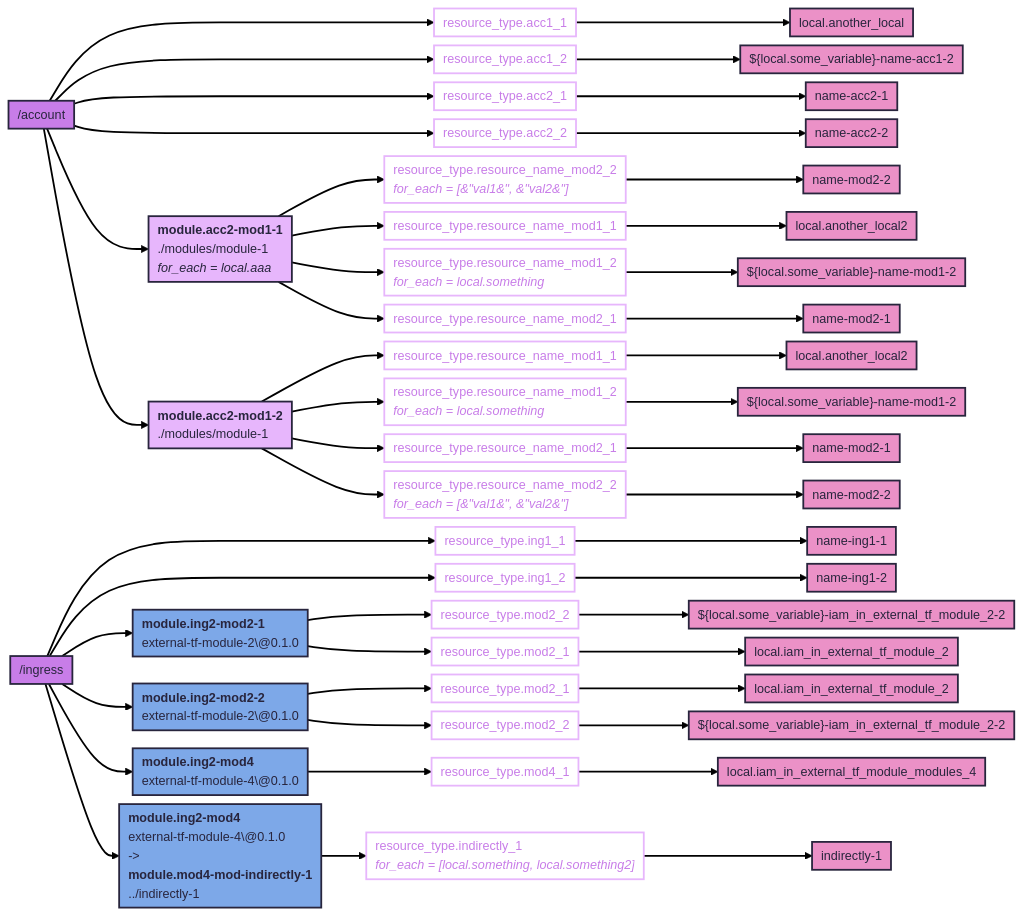
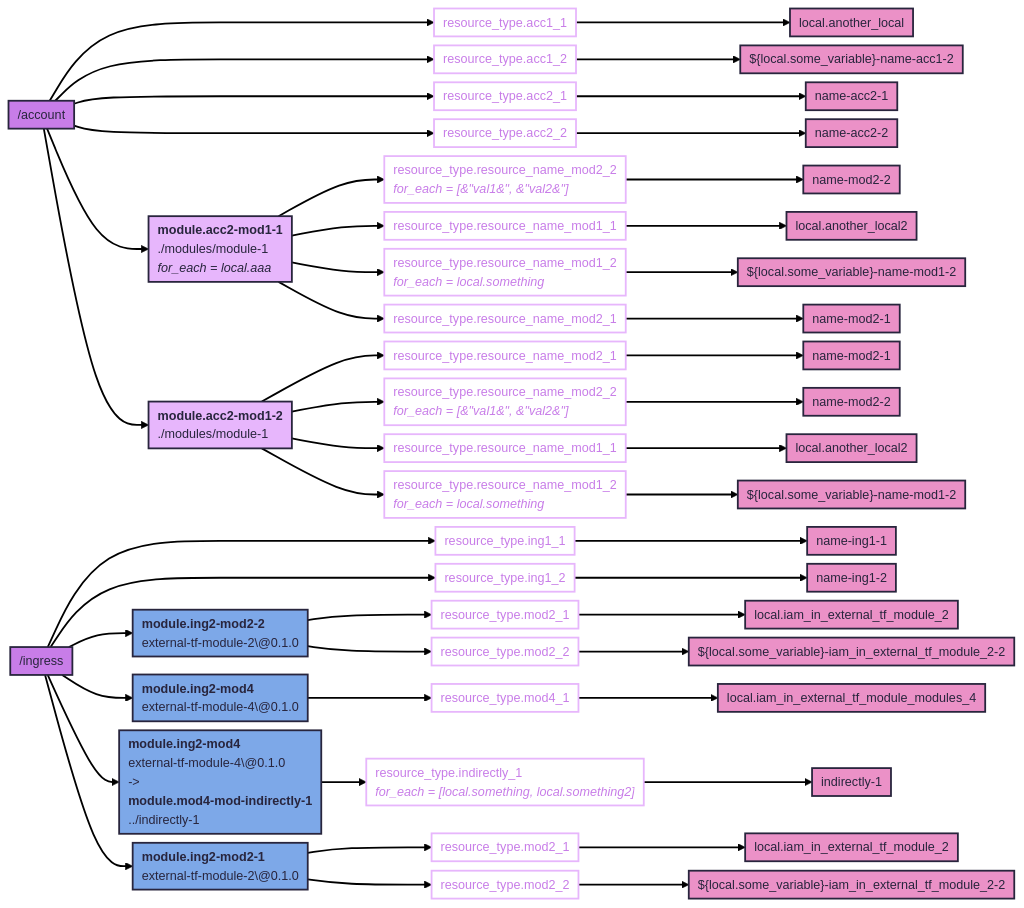
One commit to keenbytes/tfsketch changed the diagram in output.mmd. Above: the diagram before and after it, drawn with Mermaid. The commit also changed other lines of this file and 2 other files, not shown here.

```diff
--- a/output.mmd
+++ b/output.mmd
@@ -1,41 +1,41 @@
 ---
 config:
   theme: redux
   flowchart:
     diagramPadding: 5
     padding: 5
     nodeSpacing: 10
     wrappingWidth: 700
 ---
 flowchart LR
   classDef tf-path fill:#c87de8
   classDef tf-resource-name stroke:#e7b6fc,color:#c87de8,text-align:left
   classDef tf-int-mod fill:#e7b6fc,text-align:left
   classDef tf-ext-mod fill:#7da8e8,text-align:left
   classDef tf-resource-field-name fill:#eb91c7
   account["/account"]:::tf-path ---> account___acc11["resource_type.acc1_1"]:::tf-resource-name --> account___acc11___FieldName["local.another_local"]:::tf-resource-field-name
   account["/account"]:::tf-path ---> account___acc12["resource_type.acc1_2"]:::tf-resource-name --> account___acc12___FieldName["${local.some_variable}-name-acc1-2"]:::tf-resource-field-name
   account["/account"]:::tf-path ---> account___acc21["resource_type.acc2_1"]:::tf-resource-name --> account___acc21___FieldName["name-acc2-1"]:::tf-resource-field-name
   account["/account"]:::tf-path ---> account___acc22["resource_type.acc2_2"]:::tf-resource-name --> account___acc22___FieldName["name-acc2-2"]:::tf-resource-field-name
   account["/account"]:::tf-path --> account___mod___accountmodulesmodule1___acc2mod11["<b>module.acc2-mod1-1</b><br>./modules/module-1<br><i>for_each = local.aaa</i>"]:::tf-int-mod
   account___mod___accountmodulesmodule1___acc2mod11 --> account___mod___accountmodulesmodule1___acc2mod11___resourcenamemod22["resource_type.resource_name_mod2_2<br><i>for_each = [&#34;val1&#34;, &#34;val2&#34;]</i>"]:::tf-resource-name --> account___mod___accountmodulesmodule1___acc2mod11___resourcenamemod22___FieldName["name-mod2-2"]:::tf-resource-field-name
   account___mod___accountmodulesmodule1___acc2mod11 --> account___mod___accountmodulesmodule1___acc2mod11___resourcenamemod11["resource_type.resource_name_mod1_1"]:::tf-resource-name --> account___mod___accountmodulesmodule1___acc2mod11___resourcenamemod11___FieldName["local.another_local2"]:::tf-resource-field-name
   account___mod___accountmodulesmodule1___acc2mod11 --> account___mod___accountmodulesmodule1___acc2mod11___resourcenamemod12["resource_type.resource_name_mod1_2<br><i>for_each = local.something</i>"]:::tf-resource-name --> account___mod___accountmodulesmodule1___acc2mod11___resourcenamemod12___FieldName["${local.some_variable}-name-mod1-2"]:::tf-resource-field-name
   account___mod___accountmodulesmodule1___acc2mod11 --> account___mod___accountmodulesmodule1___acc2mod11___resourcenamemod21["resource_type.resource_name_mod2_1"]:::tf-resource-name --> account___mod___accountmodulesmodule1___acc2mod11___resourcenamemod21___FieldName["name-mod2-1"]:::tf-resource-field-name
   account["/account"]:::tf-path --> account___mod___accountmodulesmodule1___acc2mod12["<b>module.acc2-mod1-2</b><br>./modules/module-1"]:::tf-int-mod
+  account___mod___accountmodulesmodule1___acc2mod12 --> account___mod___accountmodulesmodule1___acc2mod12___resourcenamemod21["resource_type.resource_name_mod2_1"]:::tf-resource-name --> account___mod___accountmodulesmodule1___acc2mod12___resourcenamemod21___FieldName["name-mod2-1"]:::tf-resource-field-name
+  account___mod___accountmodulesmodule1___acc2mod12 --> account___mod___accountmodulesmodule1___acc2mod12___resourcenamemod22["resource_type.resource_name_mod2_2<br><i>for_each = [&#34;val1&#34;, &#34;val2&#34;]</i>"]:::tf-resource-name --> account___mod___accountmodulesmodule1___acc2mod12___resourcenamemod22___FieldName["name-mod2-2"]:::tf-resource-field-name
   account___mod___accountmodulesmodule1___acc2mod12 --> account___mod___accountmodulesmodule1___acc2mod12___resourcenamemod11["resource_type.resource_name_mod1_1"]:::tf-resource-name --> account___mod___accountmodulesmodule1___acc2mod12___resourcenamemod11___FieldName["local.another_local2"]:::tf-resource-field-name
   account___mod___accountmodulesmodule1___acc2mod12 --> account___mod___accountmodulesmodule1___acc2mod12___resourcenamemod12["resource_type.resource_name_mod1_2<br><i>for_each = local.something</i>"]:::tf-resource-name --> account___mod___accountmodulesmodule1___acc2mod12___resourcenamemod12___FieldName["${local.some_variable}-name-mod1-2"]:::tf-resource-field-name
-  account___mod___accountmodulesmodule1___acc2mod12 --> account___mod___accountmodulesmodule1___acc2mod12___resourcenamemod21["resource_type.resource_name_mod2_1"]:::tf-resource-name --> account___mod___accountmodulesmodule1___acc2mod12___resourcenamemod21___FieldName["name-mod2-1"]:::tf-resource-field-name
-  account___mod___accountmodulesmodule1___acc2mod12 --> account___mod___accountmodulesmodule1___acc2mod12___resourcenamemod22["resource_type.resource_name_mod2_2<br><i>for_each = [&#34;val1&#34;, &#34;val2&#34;]</i>"]:::tf-resource-name --> account___mod___accountmodulesmodule1___acc2mod12___resourcenamemod22___FieldName["name-mod2-2"]:::tf-resource-field-name
   ingress["/ingress"]:::tf-path ---> ingress___ing11["resource_type.ing1_1"]:::tf-resource-name --> ingress___ing11___FieldName["name-ing1-1"]:::tf-resource-field-name
   ingress["/ingress"]:::tf-path ---> ingress___ing12["resource_type.ing1_2"]:::tf-resource-name --> ingress___ing12___FieldName["name-ing1-2"]:::tf-resource-field-name
-  ingress["/ingress"]:::tf-path --> ingress___mod___root___ing2mod21["<b>module.ing2-mod2-1</b><br>external-tf-module-2\@0.1.0"]:::tf-ext-mod
-  ingress___mod___root___ing2mod21 --> ingress___mod___root___ing2mod21___mod22["resource_type.mod2_2"]:::tf-resource-name --> ingress___mod___root___ing2mod21___mod22___FieldName["${local.some_variable}-iam_in_external_tf_module_2-2"]:::tf-resource-field-name
-  ingress___mod___root___ing2mod21 --> ingress___mod___root___ing2mod21___mod21["resource_type.mod2_1"]:::tf-resource-name --> ingress___mod___root___ing2mod21___mod21___FieldName["local.iam_in_external_tf_module_2"]:::tf-resource-field-name
   ingress["/ingress"]:::tf-path --> ingress___mod___root___ing2mod22["<b>module.ing2-mod2-2</b><br>external-tf-module-2\@0.1.0"]:::tf-ext-mod
   ingress___mod___root___ing2mod22 --> ingress___mod___root___ing2mod22___mod21["resource_type.mod2_1"]:::tf-resource-name --> ingress___mod___root___ing2mod22___mod21___FieldName["local.iam_in_external_tf_module_2"]:::tf-resource-field-name
   ingress___mod___root___ing2mod22 --> ingress___mod___root___ing2mod22___mod22["resource_type.mod2_2"]:::tf-resource-name --> ingress___mod___root___ing2mod22___mod22___FieldName["${local.some_variable}-iam_in_external_tf_module_2-2"]:::tf-resource-field-name
   ingress["/ingress"]:::tf-path --> ingress___mod___root___ing2mod4["<b>module.ing2-mod4</b><br>external-tf-module-4\@0.1.0"]:::tf-ext-mod
   ingress___mod___root___ing2mod4 --> ingress___mod___root___ing2mod4___mod41["resource_type.mod4_1"]:::tf-resource-name --> ingress___mod___root___ing2mod4___mod41___FieldName["local.iam_in_external_tf_module_modules_4"]:::tf-resource-field-name
   ingress["/ingress"]:::tf-path --> ingress___mod___root___ing2mod4___mod4modindirectly1["<b>module.ing2-mod4</b><br>external-tf-module-4\@0.1.0<br>-&gt;<br><b>module.mod4-mod-indirectly-1</b><br>../indirectly-1"]:::tf-ext-mod
   ingress___mod___root___ing2mod4___mod4modindirectly1 --> ingress___mod___root___ing2mod4___mod4modindirectly1___indirectly1["resource_type.indirectly_1<br><i>for_each = [local.something, local.something2]</i>"]:::tf-resource-name --> ingress___mod___root___ing2mod4___mod4modindirectly1___indirectly1___FieldName["indirectly-1"]:::tf-resource-field-name
+  ingress["/ingress"]:::tf-path --> ingress___mod___root___ing2mod21["<b>module.ing2-mod2-1</b><br>external-tf-module-2\@0.1.0"]:::tf-ext-mod
+  ingress___mod___root___ing2mod21 --> ingress___mod___root___ing2mod21___mod21["resource_type.mod2_1"]:::tf-resource-name --> ingress___mod___root___ing2mod21___mod21___FieldName["local.iam_in_external_tf_module_2"]:::tf-resource-field-name
+  ingress___mod___root___ing2mod21 --> ingress___mod___root___ing2mod21___mod22["resource_type.mod2_2"]:::tf-resource-name --> ingress___mod___root___ing2mod21___mod22___FieldName["${local.some_variable}-iam_in_external_tf_module_2-2"]:::tf-resource-field-name
```
